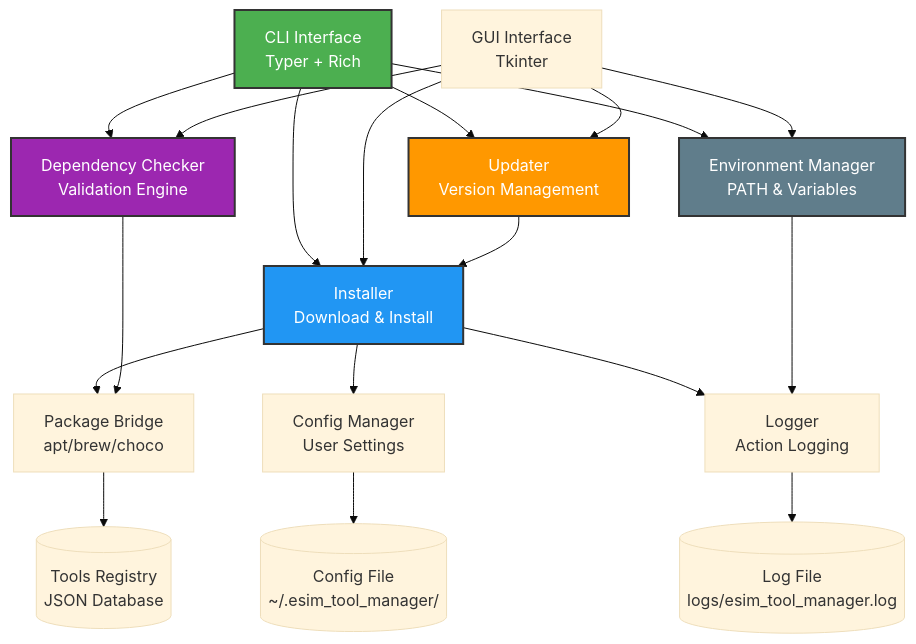
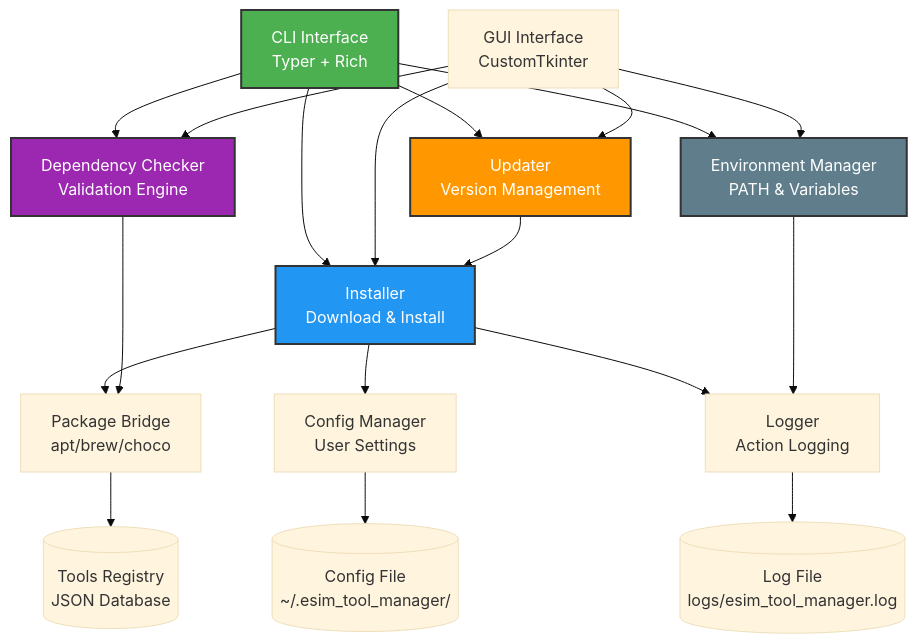
One commit to Mausam5055/esim-tool-manager changed the first of 2 diagrams in README.md. Above: the diagram before and after it, drawn with Mermaid (base theme). The commit also changed other lines of this file, not shown here.

Commit message:
Update README to remove evaluation criteria and update diagrams

````diff
--- a/README.md
+++ b/README.md
@@ -101,29 +101,29 @@
 ```mermaid
 graph TD
     CLI[CLI Interface<br/>Typer + Rich] --> INS[Installer<br/>Download & Install]
-    GUI[GUI Interface<br/>Tkinter] --> INS
+    GUI[GUI Interface<br/>CustomTkinter] --> INS
     CLI --> UPD[Updater<br/>Version Management]
     GUI --> UPD
     CLI --> DEP[Dependency Checker<br/>Validation Engine]
     GUI --> DEP
     CLI --> ENV[Environment Manager<br/>PATH & Variables]
     GUI --> ENV
     
     INS --> PKG[Package Bridge<br/>apt/brew/choco]
     INS --> CFG[Config Manager<br/>User Settings]
     INS --> LOG[Logger<br/>Action Logging]
     
     DEP --> PKG
     UPD --> INS
     ENV --> LOG
     
     PKG --> REG[(Tools Registry<br/>JSON Database)]
     CFG --> CFGFILE[(Config File<br/>~/.esim_tool_manager/)]
     LOG --> LOGFILE[(Log File<br/>logs/esim_tool_manager.log)]
     
     style CLI fill:#4CAF50,stroke:#333,stroke-width:2px,color:#fff
     style INS fill:#2196F3,stroke:#333,stroke-width:2px,color:#fff
     style UPD fill:#FF9800,stroke:#333,stroke-width:2px,color:#fff
     style DEP fill:#9C27B0,stroke:#333,stroke-width:2px,color:#fff
     style ENV fill:#607D8B,stroke:#333,stroke-width:2px,color:#fff
 ```
````
